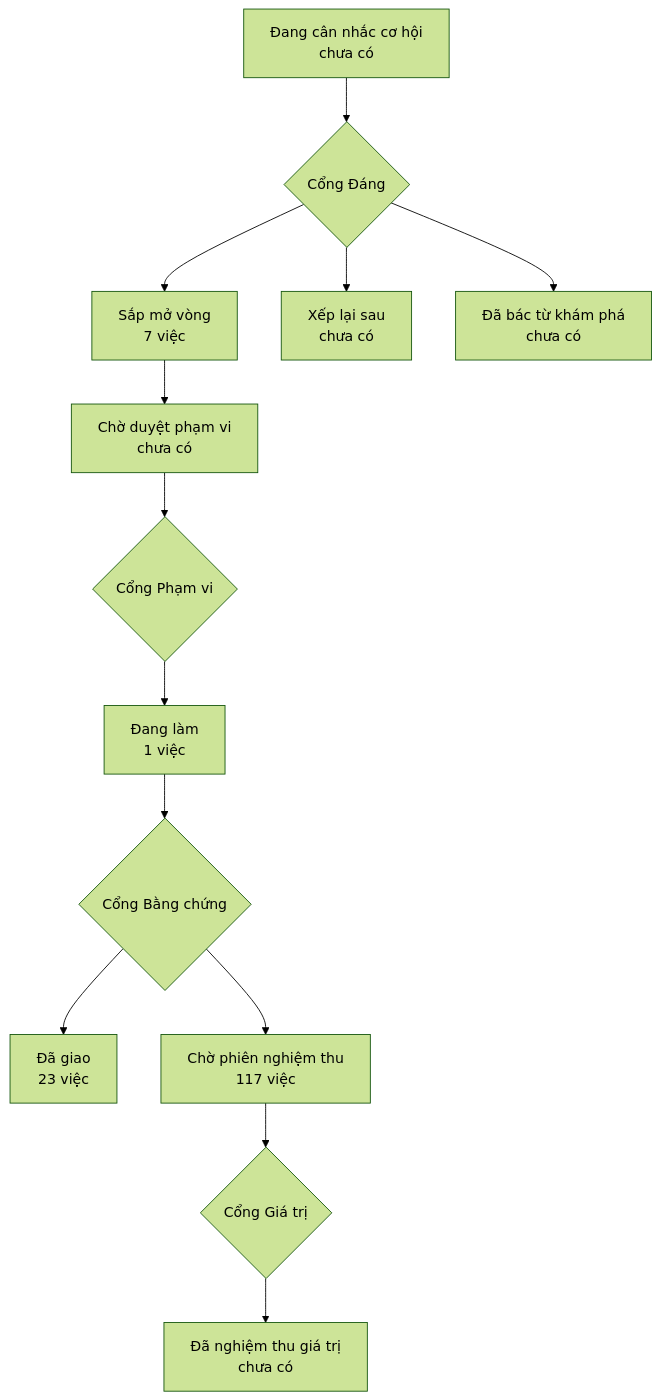
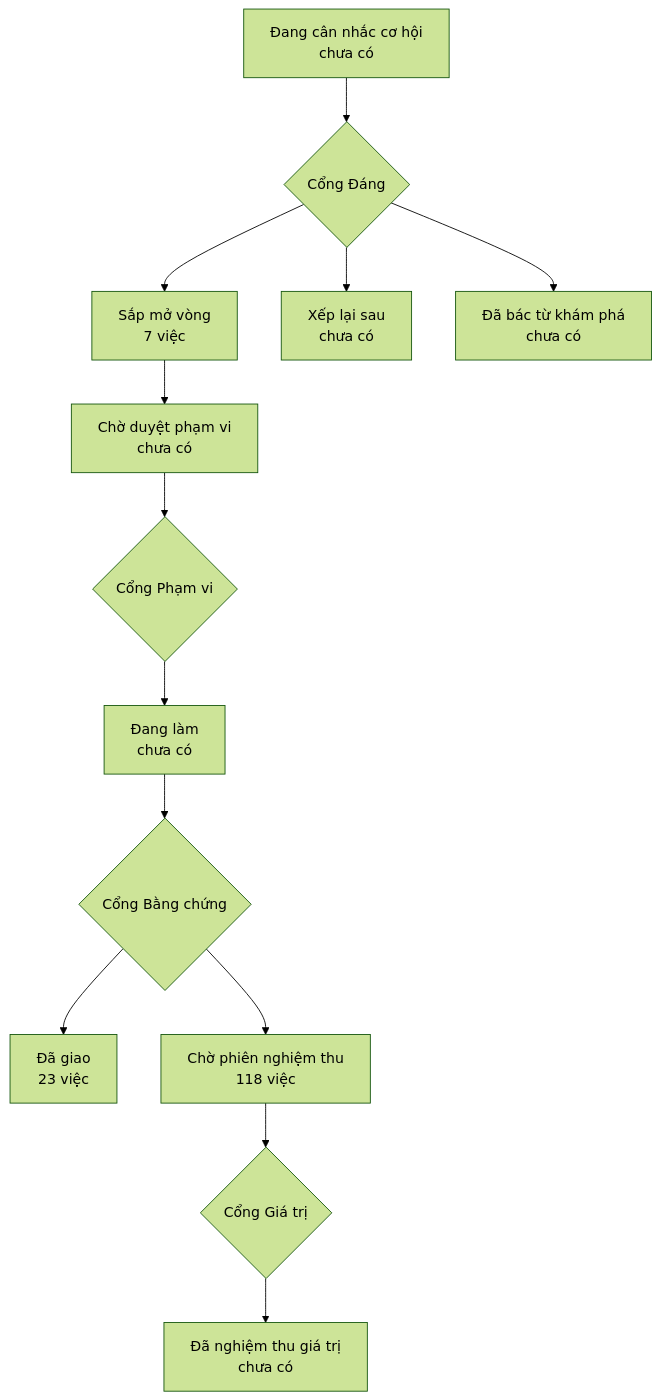
Before and after one commit to phanlemanh/onehub-quy-hang: the diagram in PRODUCT-MAP.md, drawn with Mermaid (forest theme). The commit also changed other lines of this file and 7 other files, not shown here.

````diff
--- a/PRODUCT-MAP.md
+++ b/PRODUCT-MAP.md
@@ -7,12 +7,12 @@
 ```mermaid
 flowchart TD
   A["Đang cân nhắc cơ hội<br/>chưa có"] --> GD{"Cổng Đáng"}
   GD --> B["Sắp mở vòng<br/>7 việc"]
   GD --> XL["Xếp lại sau<br/>chưa có"]
   GD --> DB["Đã bác từ khám phá<br/>chưa có"]
   B --> CD["Chờ duyệt phạm vi<br/>chưa có"] --> GP{"Cổng Phạm vi"}
-  GP --> DL["Đang làm<br/>1 việc"] --> GB{"Cổng Bằng chứng"}
+  GP --> DL["Đang làm<br/>chưa có"] --> GB{"Cổng Bằng chứng"}
   GB --> DG["Đã giao<br/>23 việc"]
-  GB --> CN["Chờ phiên nghiệm thu<br/>117 việc"] --> GG{"Cổng Giá trị"}
+  GB --> CN["Chờ phiên nghiệm thu<br/>118 việc"] --> GG{"Cổng Giá trị"}
   GG --> NT["Đã nghiệm thu giá trị<br/>chưa có"]
 ```
````
